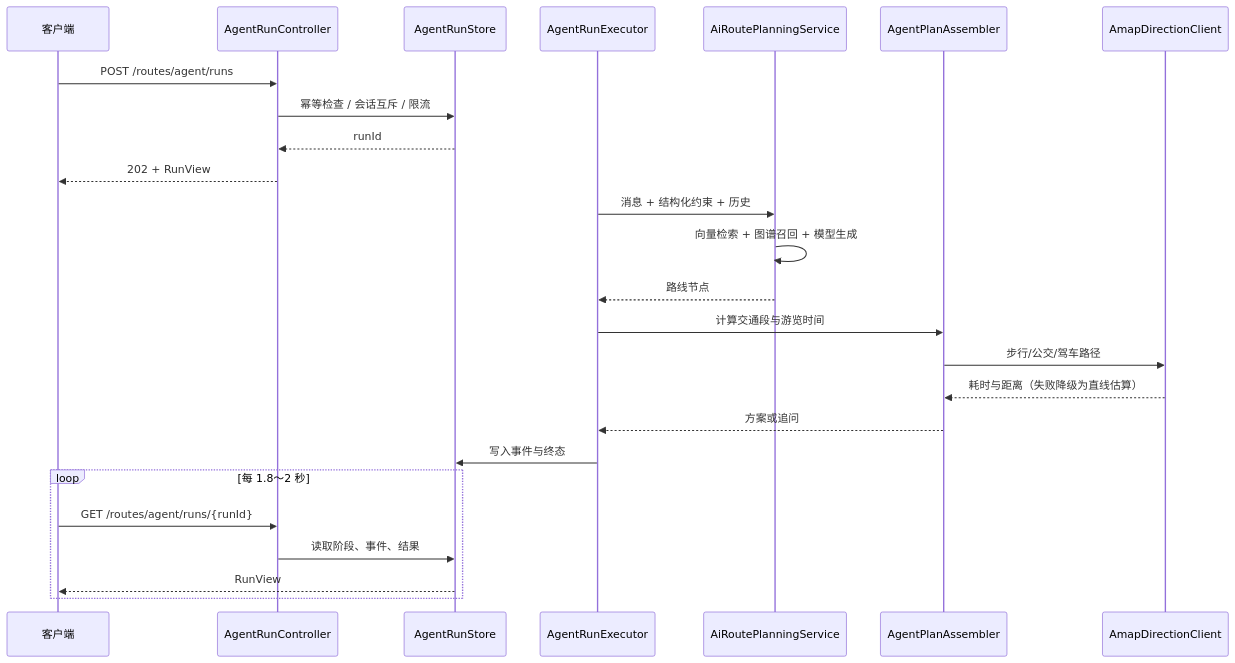
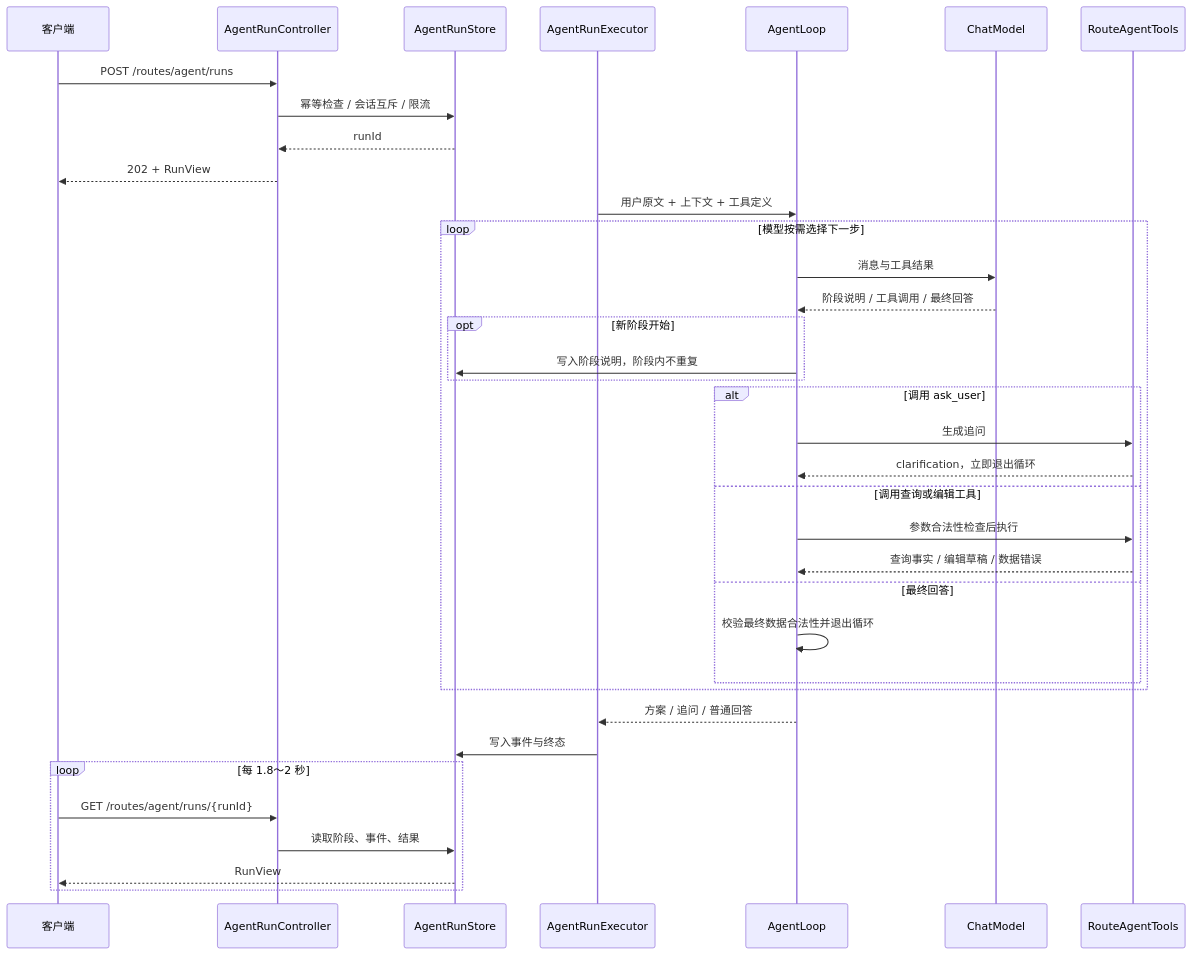
The second of 3 diagrams in docs/architecture.md (Viyangle/study_tour), drawn with Mermaid before and after one commit. The commit also changed other lines of this file and 26 other files, not shown here.

````diff
--- a/docs/architecture.md
+++ b/docs/architecture.md
@@ -119,28 +119,39 @@
 ```mermaid
 sequenceDiagram
     participant C as 客户端
     participant AC as AgentRunController
     participant ST as AgentRunStore
     participant EX as AgentRunExecutor
-    participant AI as AiRoutePlanningService
-    participant AS as AgentPlanAssembler
-    participant AM as AmapDirectionClient
+    participant AL as AgentLoop
+    participant M as ChatModel
+    participant T as RouteAgentTools
 
     C->>AC: POST /routes/agent/runs
     AC->>ST: 幂等检查 / 会话互斥 / 限流
     ST-->>AC: runId
     AC-->>C: 202 + RunView
-    EX->>AI: 消息 + 结构化约束 + 历史
-    AI->>AI: 向量检索 + 图谱召回 + 模型生成
-    AI-->>EX: 路线节点
-    EX->>AS: 计算交通段与游览时间
-    AS->>AM: 步行/公交/驾车路径
-    AM-->>AS: 耗时与距离（失败降级为直线估算）
-    AS-->>EX: 方案或追问
+    EX->>AL: 用户原文 + 上下文 + 工具定义
+    loop 模型按需选择下一步
+        AL->>M: 消息与工具结果
+        M-->>AL: 阶段说明 / 工具调用 / 最终回答
+        opt 新阶段开始
+            AL->>ST: 写入阶段说明，阶段内不重复
+        end
+        alt 调用 ask_user
+            AL->>T: 生成追问
+            T-->>AL: clarification，立即退出循环
+        else 调用查询或编辑工具
+            AL->>T: 参数合法性检查后执行
+            T-->>AL: 查询事实 / 编辑草稿 / 数据错误
+        else 最终回答
+            AL->>AL: 校验最终数据合法性并退出循环
+        end
+    end
+    AL-->>EX: 方案 / 追问 / 普通回答
     EX->>ST: 写入事件与终态
     loop 每 1.8～2 秒
         C->>AC: GET /routes/agent/runs/{runId}
         AC->>ST: 读取阶段、事件、结果
         ST-->>C: RunView
     end
 ```
````
